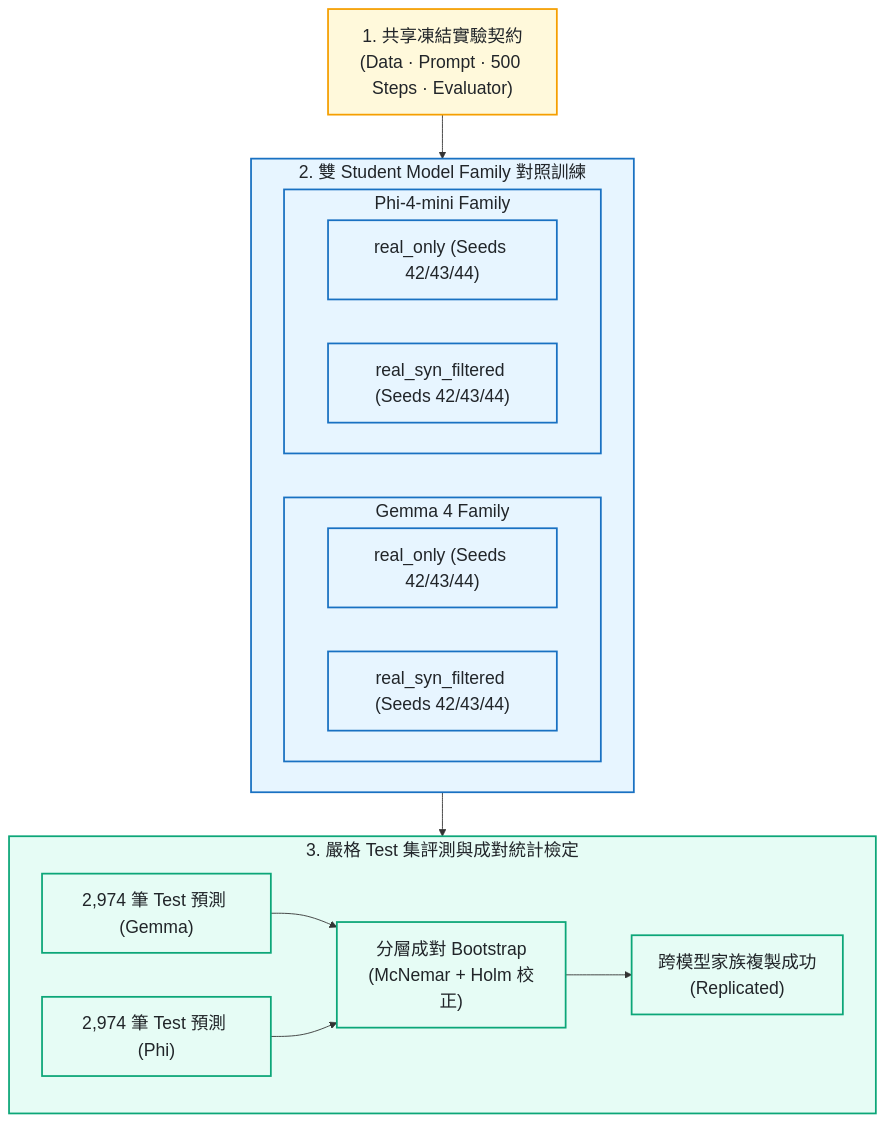
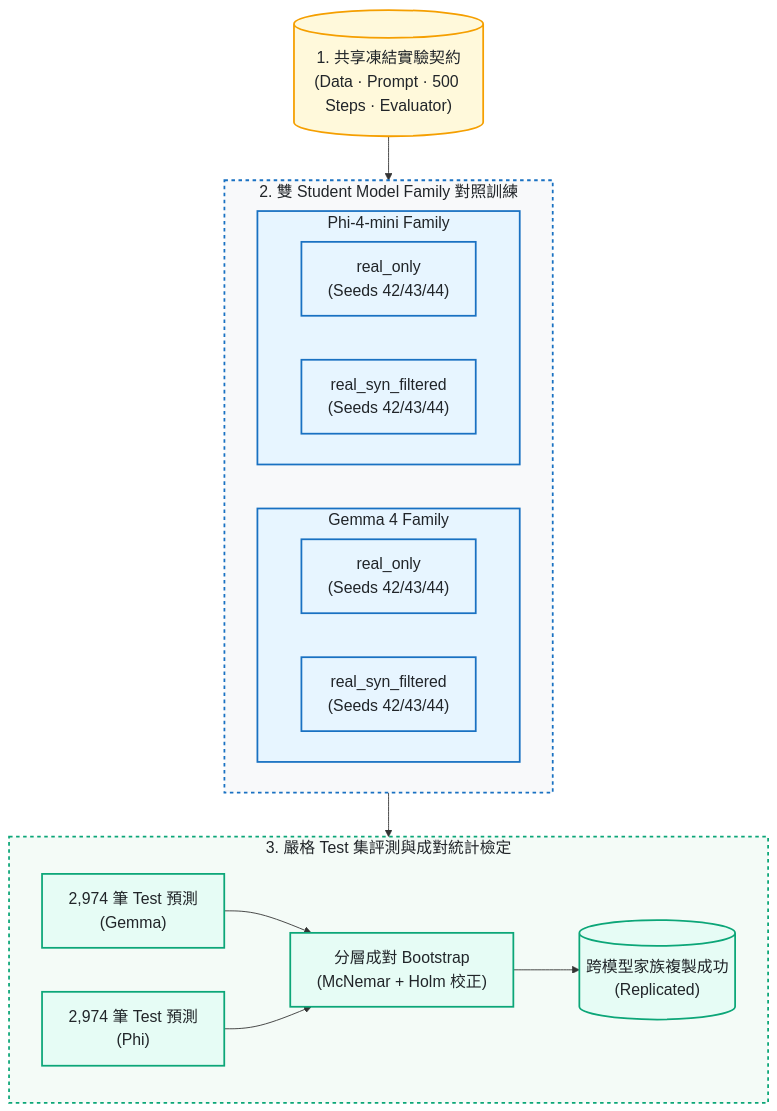
The second of 2 diagrams in README.md (kuotunyu/FormosaNLU-Synth), drawn with Mermaid before and after one commit. The commit also changed other lines of this file, not shown here.

Commit message:
docs: apply high-end visual enhancements to flowcharts (card containers, semantic node shapes, Morandi palette)

````diff
--- a/README.md
+++ b/README.md
@@ -131,32 +137,35 @@
 ```mermaid
-%%{init: {'themeVariables': {'fontSize': '20px'}}}%%
+%%{init: {'themeVariables': {'fontSize': '18px'}}}%%
 flowchart TD
-    Contract["1. 共享凍結實驗契約<br/>(Data · Prompt · 500 Steps · Evaluator)"] --> Models
+    Contract[("1. 共享凍結實驗契約<br/>(Data · Prompt · 500 Steps · Evaluator)")] --> Models
 
     subgraph Models ["2. 雙 Student Model Family 對照訓練"]
         direction LR
         subgraph GemmaGroup ["Gemma 4 Family"]
             direction LR
-            GReal["real_only (Seeds 42/43/44)"] & GSyn["real_syn_filtered (Seeds 42/43/44)"]
+            GReal["real_only<br/>(Seeds 42/43/44)"] & GSyn["real_syn_filtered<br/>(Seeds 42/43/44)"]
         end
         subgraph PhiGroup ["Phi-4-mini Family"]
             direction LR
-            PReal["real_only (Seeds 42/43/44)"] & PSyn["real_syn_filtered (Seeds 42/43/44)"]
+            PReal["real_only<br/>(Seeds 42/43/44)"] & PSyn["real_syn_filtered<br/>(Seeds 42/43/44)"]
         end
     end
 
     Models --> EvalStage
 
     subgraph EvalStage ["3. 嚴格 Test 集評測與成對統計檢定"]
         direction LR
-        GEval["2,974 筆 Test 預測 (Gemma)"] & PEval["2,974 筆 Test 預測 (Phi)"] --> Stats["分層成對 Bootstrap<br/>(McNemar + Holm 校正)"] --> Criterion["跨模型家族複製成功<br/>(Replicated)"]
+        GEval["2,974 筆 Test 預測<br/>(Gemma)"] & PEval["2,974 筆 Test 預測<br/>(Phi)"] --> Stats["分層成對 Bootstrap<br/>(McNemar + Holm 校正)"] --> Criterion[("跨模型家族複製成功<br/>(Replicated)")]
     end
 
     classDef contractStyle fill:#fff9db,stroke:#f59f00,stroke-width:2px,color:#212529
     classDef modelStyle fill:#e7f5ff,stroke:#1971c2,stroke-width:2px,color:#212529
     classDef evalStyle fill:#e6fcf5,stroke:#0ca678,stroke-width:2px,color:#212529
 
     class Contract contractStyle
     class Models,GemmaGroup,PhiGroup,GReal,GSyn,PReal,PSyn modelStyle
     class EvalStage,GEval,PEval,Stats,Criterion evalStyle
+
+    style Models fill:#f8f9fa,stroke:#1971c2,stroke-width:2px,stroke-dasharray: 4 4
+    style EvalStage fill:#f4fbf7,stroke:#0ca678,stroke-width:2px,stroke-dasharray: 4 4
 ```
````
